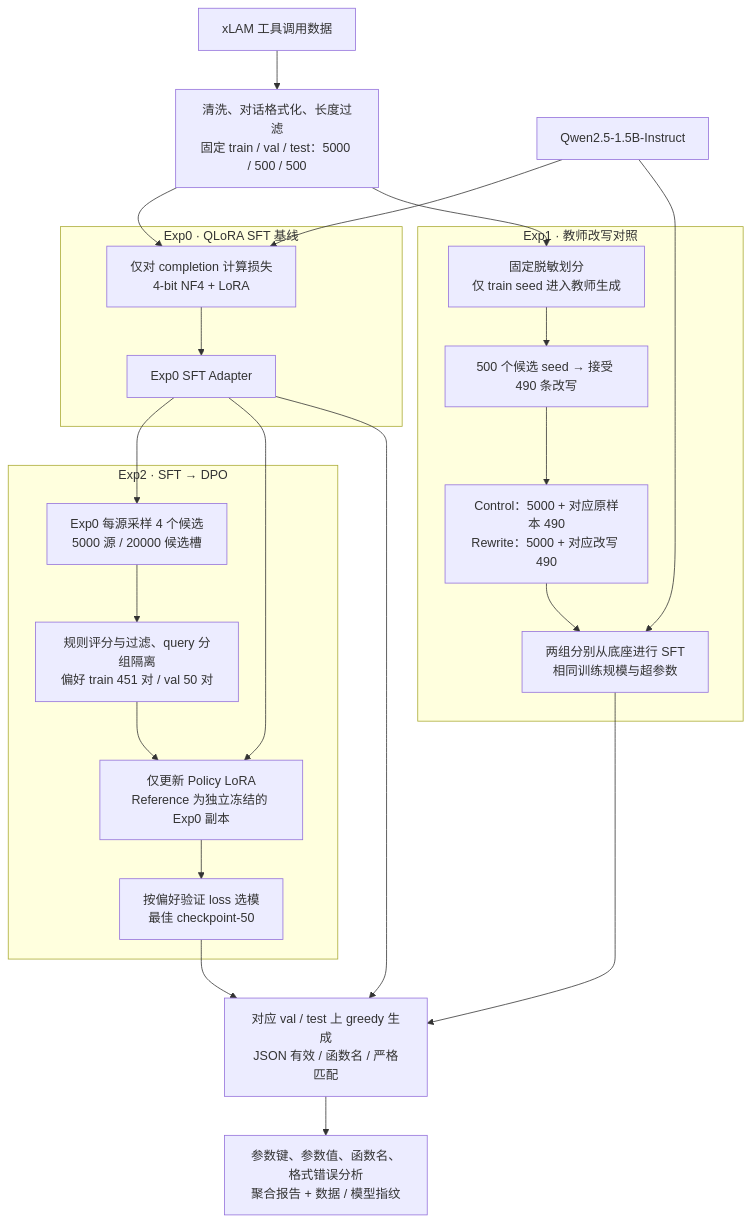
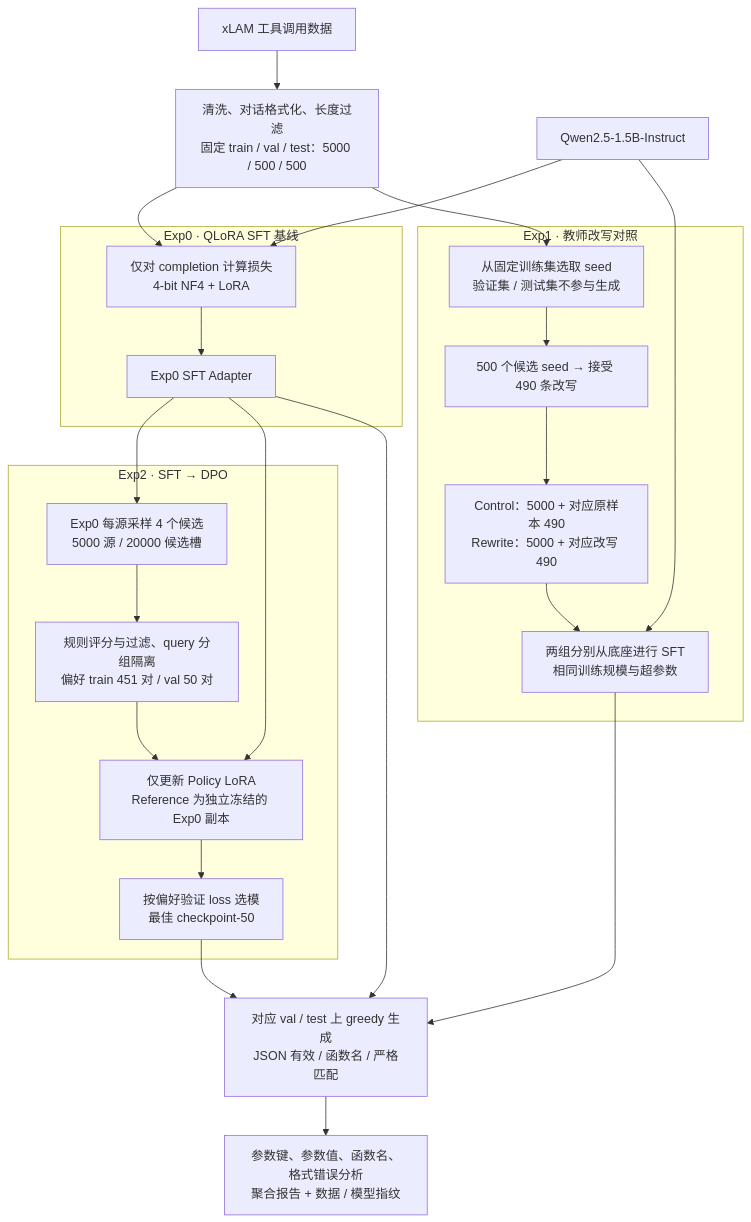
One commit to Tiejiaxiaobao30/qwen-function-calling-lora changed the diagram in README.md. Above: the diagram before and after it, drawn with Mermaid. The commit also changed other lines of this file, not shown here.

````diff
--- a/README.md
+++ b/README.md
@@ -21,31 +21,31 @@
 ```mermaid
 flowchart TD
     DATA["xLAM 工具调用数据"] --> SPLIT["清洗、对话格式化、长度过滤<br/>固定 train / val / test：5000 / 500 / 500"]
     BASE["Qwen2.5-1.5B-Instruct"] --> SFT
 
     subgraph E0["Exp0 · QLoRA SFT 基线"]
         SFT["仅对 completion 计算损失<br/>4-bit NF4 + LoRA"] --> A0["Exp0 SFT Adapter"]
     end
     SPLIT --> SFT
 
     subgraph E1["Exp1 · 教师改写对照"]
-        REDACT["固定脱敏划分<br/>仅 train seed 进入教师生成"] --> AUG["500 个候选 seed → 接受 490 条改写"]
+        SEEDS["从固定训练集选取 seed<br/>验证集 / 测试集不参与生成"] --> AUG["500 个候选 seed → 接受 490 条改写"]
         AUG --> PAIR["Control：5000 + 对应原样本 490<br/>Rewrite：5000 + 对应改写 490"]
         PAIR --> SFT1["两组分别从底座进行 SFT<br/>相同训练规模与超参数"]
     end
-    SPLIT --> REDACT
+    SPLIT --> SEEDS
     BASE --> SFT1
 
     subgraph E2["Exp2 · SFT → DPO"]
         SAMPLE["Exp0 每源采样 4 个候选<br/>5000 源 / 20000 候选槽"] --> PREF["规则评分与过滤、query 分组隔离<br/>偏好 train 451 对 / val 50 对"]
         PREF --> DPO["仅更新 Policy LoRA<br/>Reference 为独立冻结的 Exp0 副本"]
         DPO --> A2["按偏好验证 loss 选模<br/>最佳 checkpoint-50"]
     end
     A0 --> SAMPLE
     A0 --> DPO
 
     A0 --> EVAL["对应 val / test 上 greedy 生成<br/>JSON 有效 / 函数名 / 严格匹配"]
     SFT1 --> EVAL
     A2 --> EVAL
     EVAL --> ANALYSIS["参数键、参数值、函数名、格式错误分析<br/>聚合报告 + 数据 / 模型指纹"]
 ```
````
